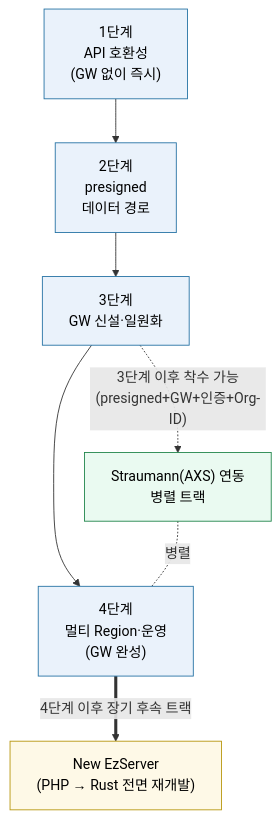
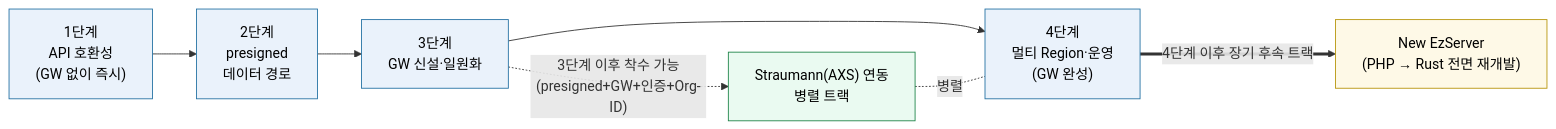
Before and after one commit to gracegyu/scp-architecture: the first of 7 diagrams in docs/CleverAPI호환성체크/VatechAPIGateway_통합_Roadmap_보고서.md, drawn with Mermaid. The commit also changed other lines of this file, not shown here.

````diff
--- a/docs/CleverAPI호환성체크/VatechAPIGateway_통합_Roadmap_보고서.md
+++ b/docs/CleverAPI호환성체크/VatechAPIGateway_통합_Roadmap_보고서.md
@@ -37,21 +37,21 @@
 ```mermaid
-flowchart TD
+flowchart LR
     S1["1단계<br/>API 호환성<br/>(GW 없이 즉시)"]
     S2["2단계<br/>presigned<br/>데이터 경로"]
     S3["3단계<br/>GW 신설·일원화"]
     S4["4단계<br/>멀티 Region·운영<br/>(GW 완성)"]
     STRA["Straumann(AXS) 연동<br/>병렬 트랙"]
     RUST["New EzServer<br/>(PHP → Rust 전면 재개발)"]
 
     S1 --> S2 --> S3 --> S4
     S3 -.->|"3단계 이후 착수 가능<br/>(presigned+GW+인증+Org-ID)"| STRA
     STRA -. 병렬 .- S4
     S4 ==>|"4단계 이후 장기 후속 트랙"| RUST
 
     classDef stage fill:#eaf2fb,stroke:#2471a3,color:#000;
     classDef branch fill:#eafaf1,stroke:#1e8449,color:#000;
     classDef follow fill:#fef9e7,stroke:#b7950b,color:#000;
     class S1,S2,S3,S4 stage;
     class STRA branch;
     class RUST follow;
 ```
````
